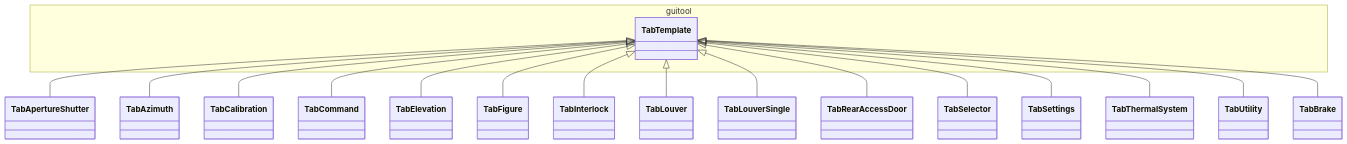
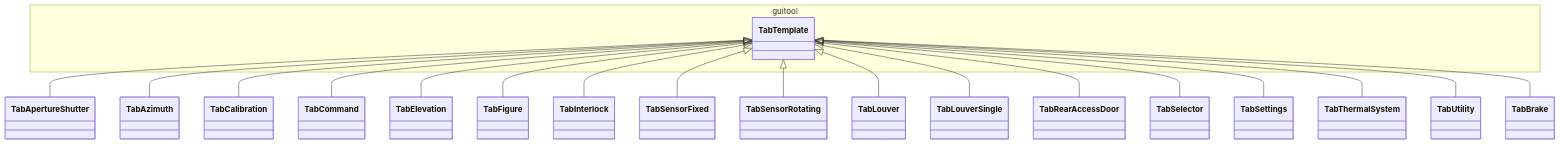
Before and after one commit to lsst-ts/ts_mtdomegui: the diagram in doc/uml/tab/class_tab.mmd, drawn with Mermaid. The commit also changed 4 other files, not shown here.

Commit message:
Update the UML.

```diff
--- a/doc/uml/tab/class_tab.mmd
+++ b/doc/uml/tab/class_tab.mmd
@@ -1,21 +1,23 @@
 classDiagram
 
 namespace guitool {
   class TabTemplate
 }
 
 TabTemplate <|-- TabApertureShutter
 TabTemplate <|-- TabAzimuth
 TabTemplate <|-- TabCalibration
 TabTemplate <|-- TabCommand
 TabTemplate <|-- TabElevation
 TabTemplate <|-- TabFigure
 TabTemplate <|-- TabInterlock
+TabTemplate <|-- TabSensorFixed
+TabTemplate <|-- TabSensorRotating
 TabTemplate <|-- TabLouver
 TabTemplate <|-- TabLouverSingle
 TabTemplate <|-- TabRearAccessDoor
 TabTemplate <|-- TabSelector
 TabTemplate <|-- TabSettings
 TabTemplate <|-- TabThermalSystem
 TabTemplate <|-- TabUtility
 TabTemplate <|-- TabBrake
```
